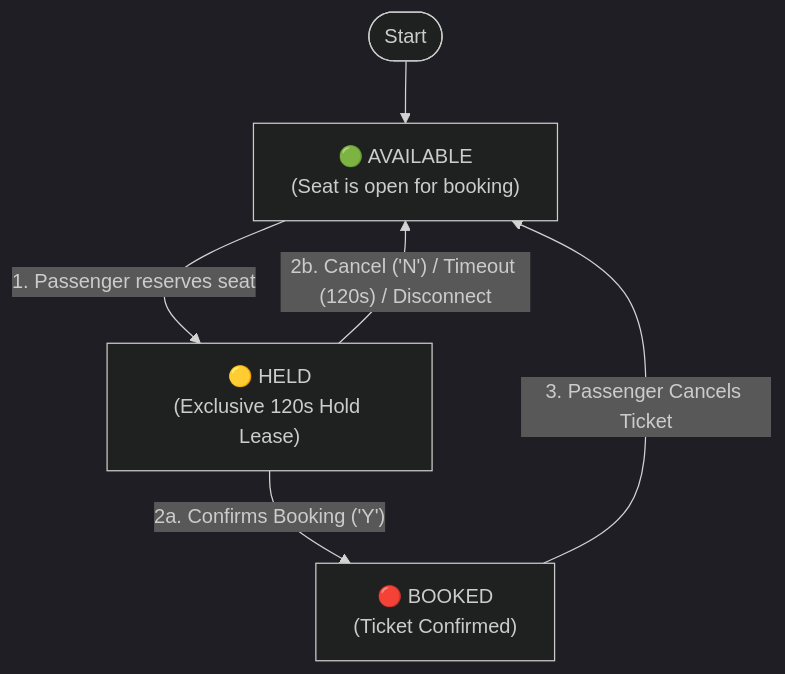
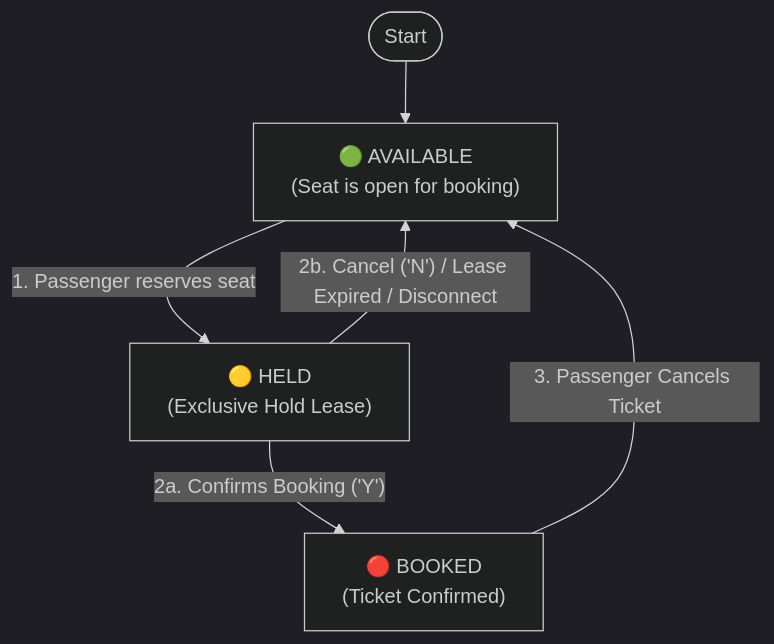
The second of 2 diagrams in README.md (Abhi-3009/flight-booking-system), drawn with Mermaid (dark theme) before and after one commit. The commit also changed other lines of this file, not shown here.

````diff
--- a/README.md
+++ b/README.md
@@ -115,12 +106,12 @@
 ```mermaid
 flowchart TD
     INIT([Start]) --> S1["🟢 AVAILABLE<br/>(Seat is open for booking)"]
     
-    S1 -->|"1. Passenger reserves seat"| S2["🟡 HELD<br/>(Exclusive 120s Hold Lease)"]
+    S1 -->|"1. Passenger reserves seat"| S2["🟡 HELD<br/>(Exclusive Hold Lease)"]
     
     S2 -->|"2a. Confirms Booking ('Y')"| S3["🔴 BOOKED<br/>(Ticket Confirmed)"]
     
-    S2 -->|"2b. Cancel ('N') / Timeout (120s) / Disconnect"| S1
+    S2 -->|"2b. Cancel ('N') / Lease Expired / Disconnect"| S1
     
     S3 -->|"3. Passenger Cancels Ticket"| S1
 ```
````
